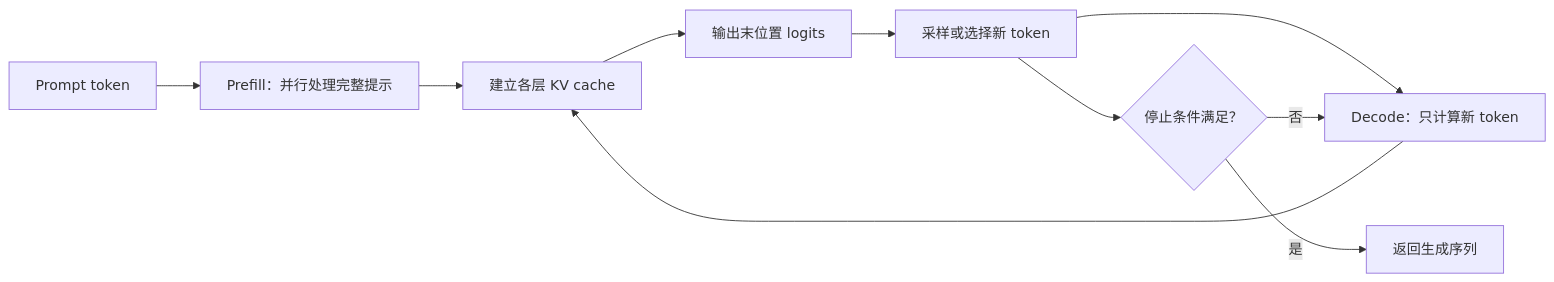
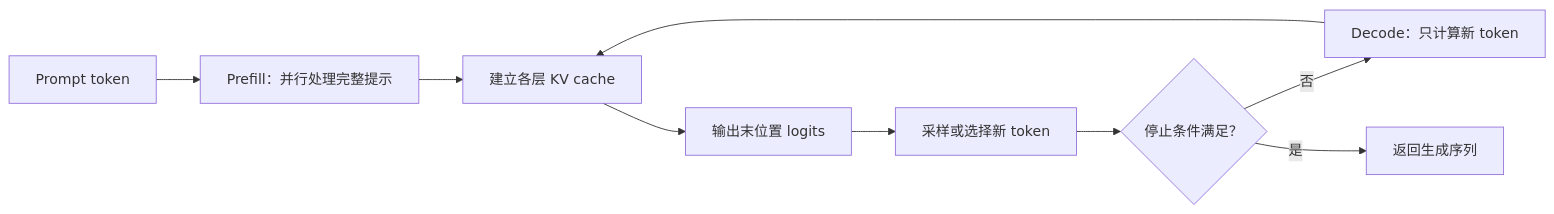
One commit to zhangqian-silk/computer-science changed the second of 2 diagrams in ai/model/gpt.md. Above: the diagram before and after it, drawn with Mermaid. The commit also changed other lines of this file and 130 other files, not shown here.

````diff
--- a/ai/model/gpt.md
+++ b/ai/model/gpt.md
@@ -149,12 +159,12 @@
 ```mermaid
 flowchart LR
 	P["Prompt token"] --> F["Prefill：并行处理完整提示"]
 	F --> K["建立各层 KV cache"]
 	K --> L["输出末位置 logits"]
 	L --> S["采样或选择新 token"]
-	S --> D["Decode：只计算新 token"]
+	D["Decode：只计算新 token"]
 	D --> K
 	S --> Q{"停止条件满足？"}
 	Q -->|否| D
 	Q -->|是| O["返回生成序列"]
 ```
````
